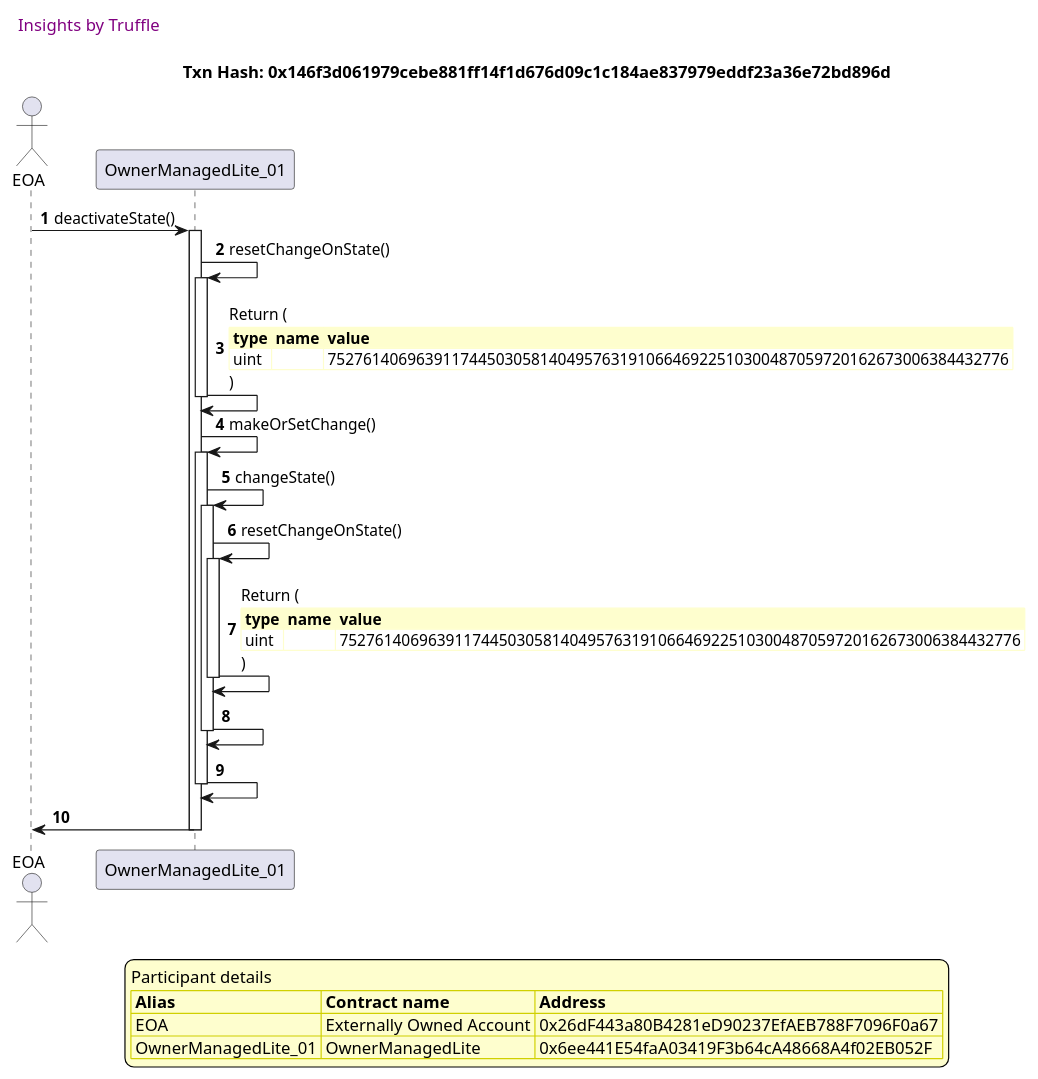
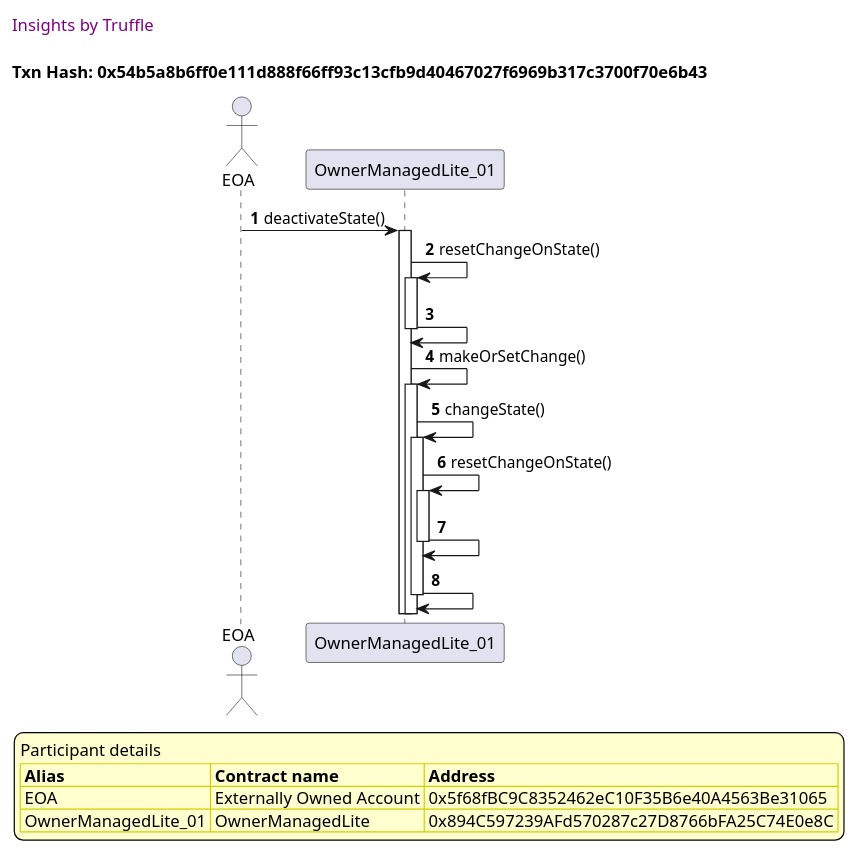
One commit to thedarkjester/ConsensysAssignment changed diagram 12 of 16 in truffle-seq/OwnerManagedLite_test_activate_deactivate_dapp.md. Above: the diagram before and after it, drawn with PlantUML. The commit also changed other lines of this file and 13 other files, not shown here.

````diff
--- a/truffle-seq/OwnerManagedLite_test_activate_deactivate_dapp.md
+++ b/truffle-seq/OwnerManagedLite_test_activate_deactivate_dapp.md
@@ -526,51 +526,43 @@
 ```plantuml
 
 
 @startuml
 
 autonumber
 skinparam legendBackgroundColor #FEFECE
 
 <style>
       header {
         HorizontalAlignment left
         FontColor purple
         FontSize 14
         Padding 10
       }
     </style>
 
 header Insights by Truffle
 
-title Txn Hash: 0x146f3d061979cebe881ff14f1d676d09c1c184ae837979eddf23a36e72bd896d
+title Txn Hash: 0x54b5a8b6ff0e111d888f66ff93c13cfb9d40467027f6969b317c3700f70e6b43
 
 
 actor EOA as "EOA"
 participant OwnerManagedLite_01 as "OwnerManagedLite_01"
 
 "EOA" -> "OwnerManagedLite_01" ++: deactivateState()
 "OwnerManagedLite_01" -> "OwnerManagedLite_01" ++: resetChangeOnState()
-"OwnerManagedLite_01" -> "OwnerManagedLite_01" --: Return (\n\
-<#FEFECE,#FEFECE>|= type |= name |= value |\n\
-| uint |  | 75276140696391174450305814049576319106646922510300487059720162673006384432776 |\n\
-)
+"OwnerManagedLite_01" -> "OwnerManagedLite_01" --: 
 "OwnerManagedLite_01" -> "OwnerManagedLite_01" ++: makeOrSetChange()
 "OwnerManagedLite_01" -> "OwnerManagedLite_01" ++: changeState()
 "OwnerManagedLite_01" -> "OwnerManagedLite_01" ++: resetChangeOnState()
-"OwnerManagedLite_01" -> "OwnerManagedLite_01" --: Return (\n\
-<#FEFECE,#FEFECE>|= type |= name |= value |\n\
-| uint |  | 75276140696391174450305814049576319106646922510300487059720162673006384432776 |\n\
-)
 "OwnerManagedLite_01" -> "OwnerManagedLite_01" --: 
 "OwnerManagedLite_01" -> "OwnerManagedLite_01" --: 
-"OwnerManagedLite_01" -> "EOA" --: 
 
 legend
 Participant details
 <#FEFECE,#D0D000>|= Alias |= Contract name |= Address |
-<#FEFECE>| EOA | Externally Owned Account | 0x26dF443a80B4281eD90237EfAEB788F7096F0a67 |
-<#FEFECE>| OwnerManagedLite_01 | OwnerManagedLite | 0x6ee441E54faA03419F3b64cA48668A4f02EB052F |
+<#FEFECE>| EOA | Externally Owned Account | 0x5f68fBC9C8352462eC10F35B6e40A4563Be31065 |
+<#FEFECE>| OwnerManagedLite_01 | OwnerManagedLite | 0x894C597239AFd570287c27D8766bFA25C74E0e8C |
 endlegend
 
 @enduml
 ```
````
